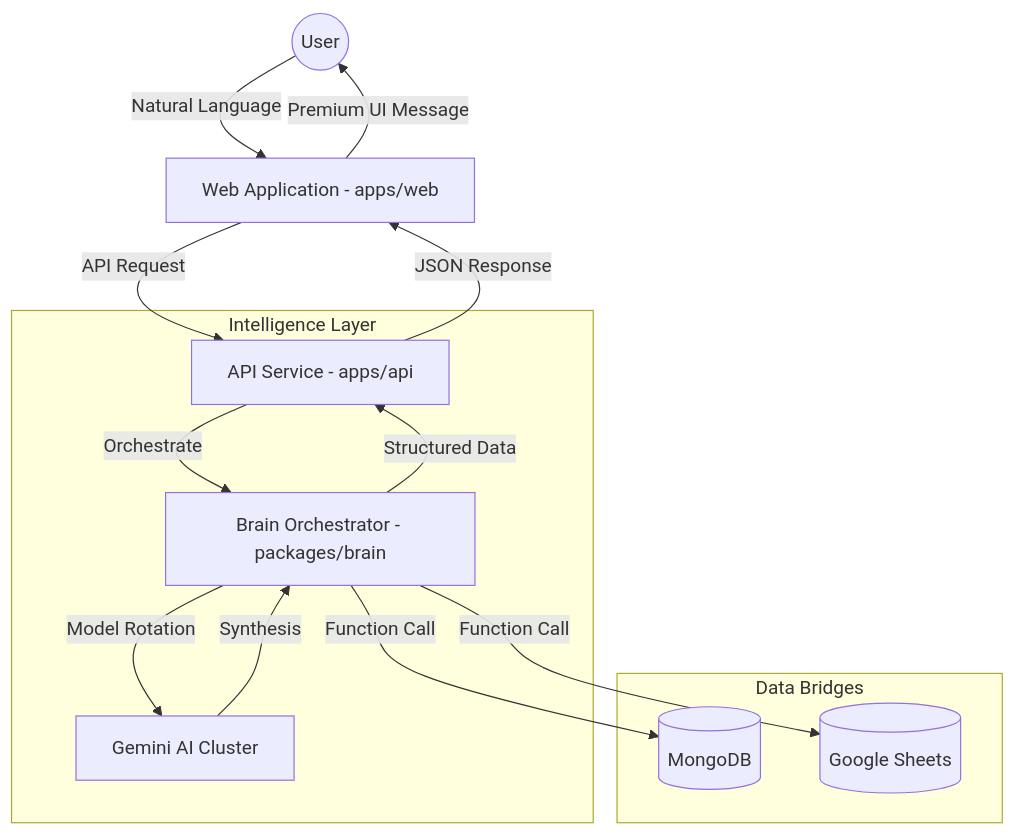
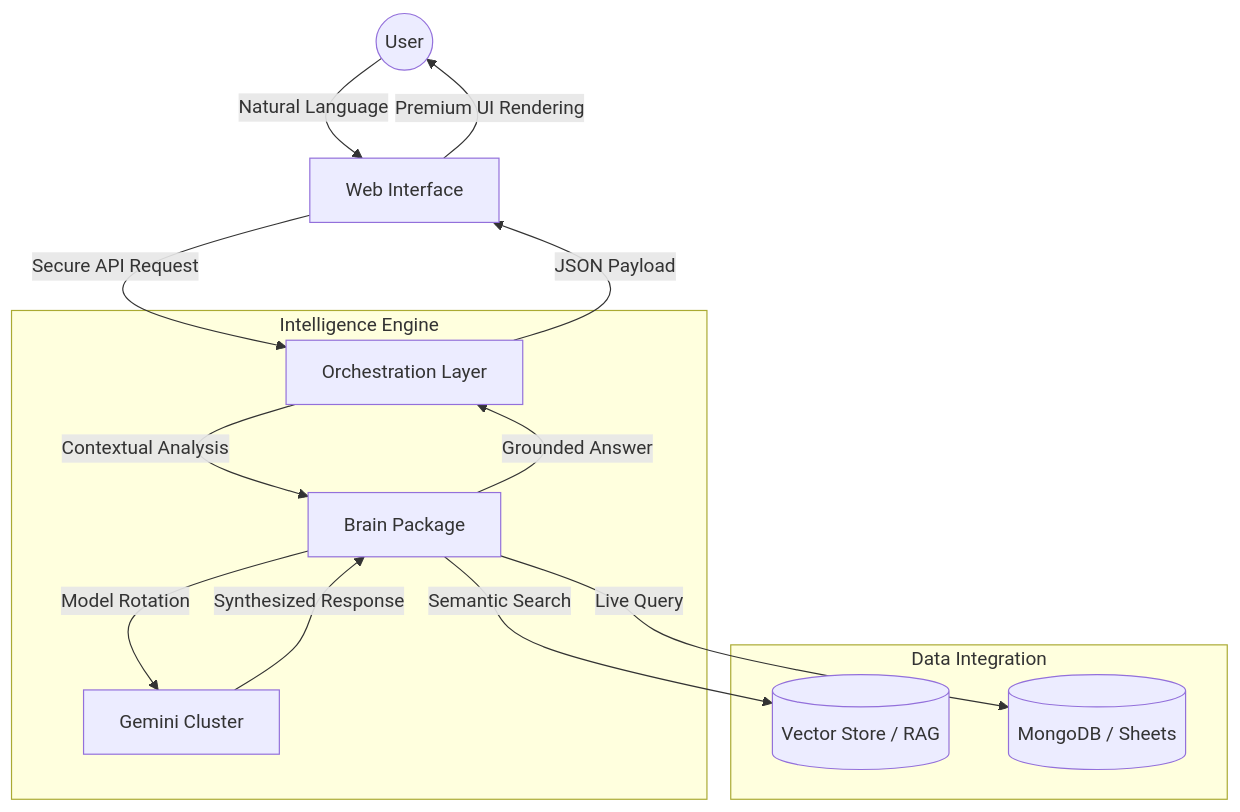
One commit to AbhigyanRaj/wup changed the diagram in README.md. Above: the diagram before and after it, drawn with Mermaid. The commit also changed other lines of this file and 42 other files, not shown here.

````diff
--- a/README.md
+++ b/README.md
@@ -81,20 +22,20 @@
 ```mermaid
 graph TD
-    User((User)) -->|Natural Language| Web[Web Application - apps/web]
-    Web -->|API Request| API[API Service - apps/api]
+    User((User)) -->|Natural Language| Web[Web Interface]
+    Web -->|Secure API Request| API[Orchestration Layer]
     
-    subgraph "Intelligence Layer"
-    API -->|Orchestrate| Brain[Brain Orchestrator - packages/brain]
-    Brain -->|Model Rotation| Gemini[Gemini AI Cluster]
+    subgraph "Intelligence Engine"
+    API -->|Contextual Analysis| Brain[Brain Package]
+    Brain -->|Model Rotation| LLM[Gemini Cluster]
     end
     
-    subgraph "Data Bridges"
-    Brain -->|Function Call| Mongo[(MongoDB)]
-    Brain -->|Function Call| Sheets[(Google Sheets)]
+    subgraph "Data Integration"
+    Brain -->|Semantic Search| RAG[(Vector Store / RAG)]
+    Brain -->|Live Query| DB[(MongoDB / Sheets)]
     end
     
-    Gemini -->|Synthesis| Brain
-    Brain -->|Structured Data| API
-    API -->|JSON Response| Web
-    Web -->|Premium UI Message| User
+    LLM -->|Synthesized Response| Brain
+    Brain -->|Grounded Answer| API
+    API -->|JSON Payload| Web
+    Web -->|Premium UI Rendering| User
 ```
````
